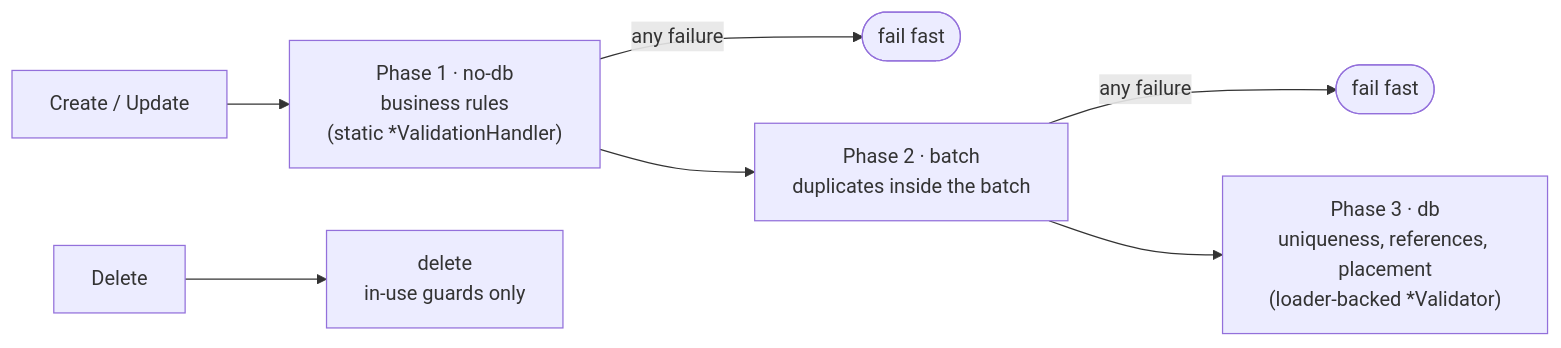
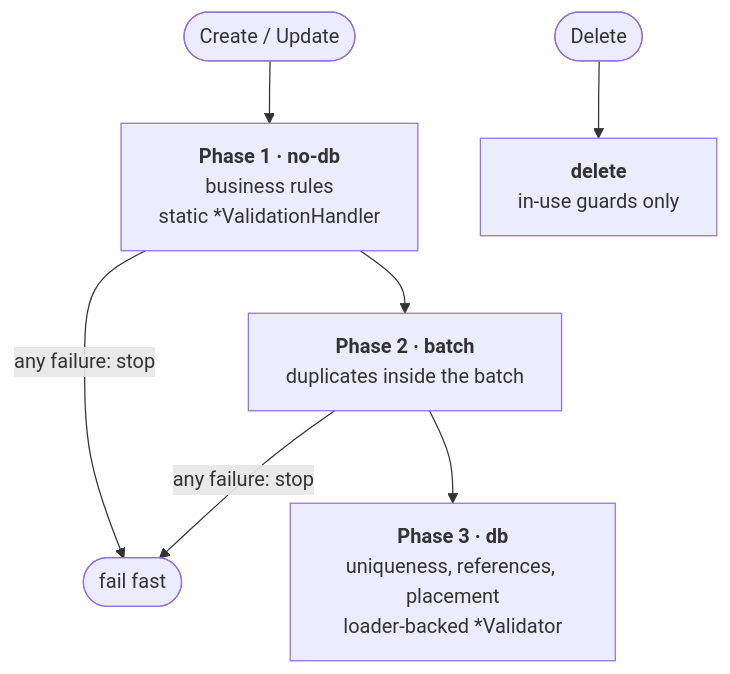
Before and after one commit to SkylineCommunications/SLC-SDM-InfraOps: diagram 13 of 13 in docs/canon/CAN-001-dom-structure.md, drawn with Mermaid. The commit also changed other lines of this file, not shown here.

````diff
--- a/docs/canon/CAN-001-dom-structure.md
+++ b/docs/canon/CAN-001-dom-structure.md
@@ -1256,9 +1130,9 @@
 ```mermaid
-flowchart LR
-    A[Create / Update] --> P1["Phase 1 · no-db<br/>business rules<br/>(static *ValidationHandler)"]
-    P1 -- any failure --> X1([fail fast])
-    P1 --> P2["Phase 2 · batch<br/>duplicates inside the batch"]
-    P2 -- any failure --> X2([fail fast])
-    P2 --> P3["Phase 3 · db<br/>uniqueness, references, placement<br/>(loader-backed *Validator)"]
-    D[Delete] --> P4["delete<br/>in-use guards only"]
+flowchart TB
+    A(["Create / Update"]) --> P1["<b>Phase 1 · no-db</b><br/>business rules<br/>static *ValidationHandler"]
+    P1 -- "any failure: stop" --> X(["fail fast"])
+    P1 --> P2["<b>Phase 2 · batch</b><br/>duplicates inside the batch"]
+    P2 -- "any failure: stop" --> X
+    P2 --> P3["<b>Phase 3 · db</b><br/>uniqueness, references, placement<br/>loader-backed *Validator"]
+    D(["Delete"]) --> P4["<b>delete</b><br/>in-use guards only"]
 ```
````
